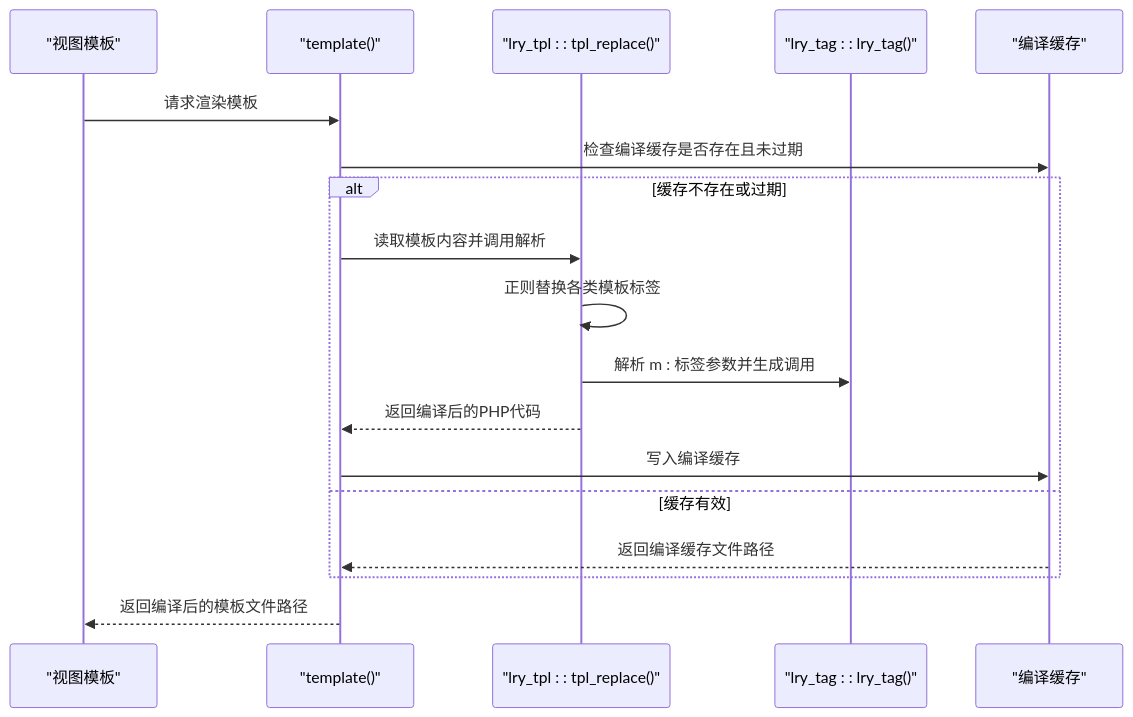
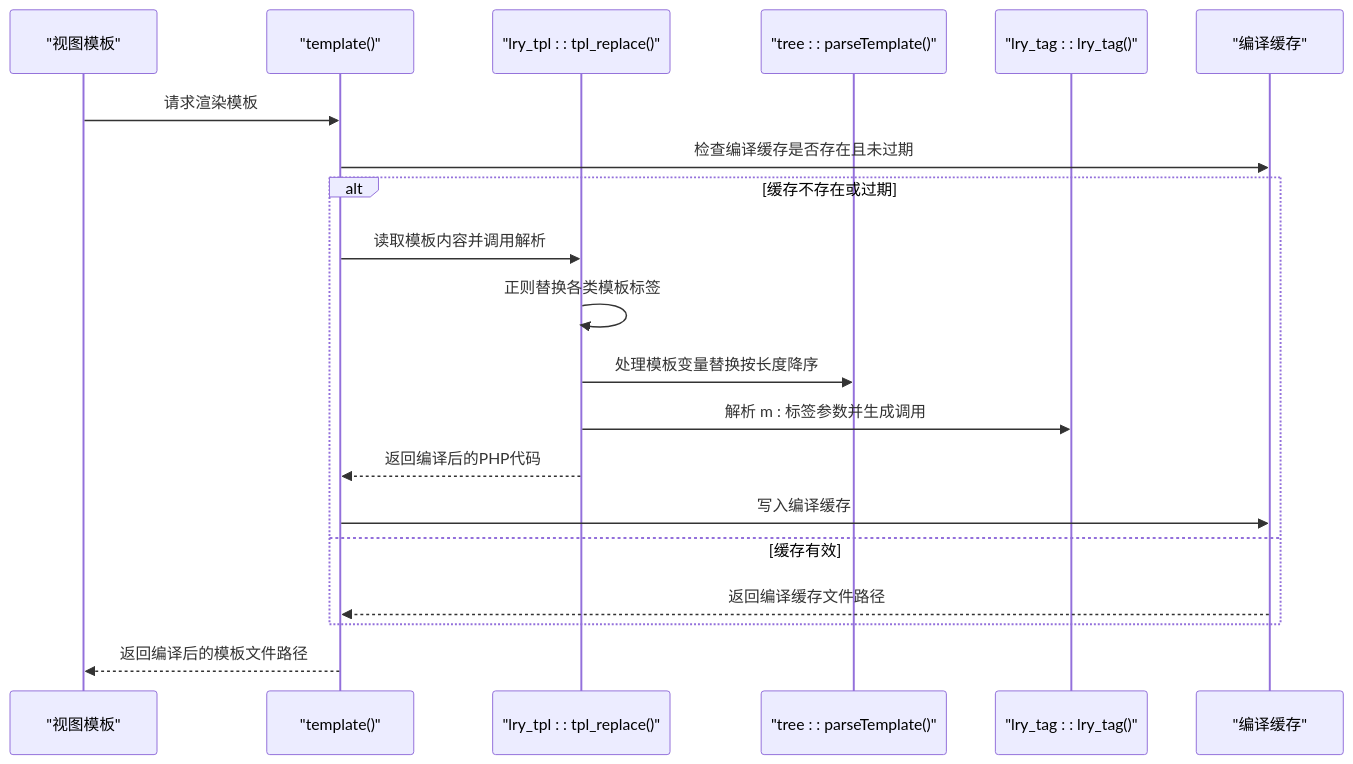
One commit to lirongyaoper/lryblog.com changed the second of 7 diagrams in .qoder/repowiki/zh/content/核心框架组件/模板引擎/模板解析机制.md. Above: the diagram before and after it, drawn with Mermaid. The commit also changed other lines of this file and 2 other files, not shown here.

````diff
--- a/.qoder/repowiki/zh/content/核心框架组件/模板引擎/模板解析机制.md
+++ b/.qoder/repowiki/zh/content/核心框架组件/模板引擎/模板解析机制.md
@@ -81,20 +95,22 @@
 ```mermaid
 sequenceDiagram
 participant View as "视图模板"
 participant Func as "template()"
 participant Parser as "lry_tpl : : tpl_replace()"
+participant Tree as "tree : : parseTemplate()"
 participant Tag as "lry_tag : : lry_tag()"
 participant Cache as "编译缓存"
 View->>Func : 请求渲染模板
 Func->>Cache : 检查编译缓存是否存在且未过期
 alt 缓存不存在或过期
 Func->>Parser : 读取模板内容并调用解析
 Parser->>Parser : 正则替换各类模板标签
+Parser->>Tree : 处理模板变量替换按长度降序
 Parser->>Tag : 解析 m : 标签参数并生成调用
 Parser-->>Func : 返回编译后的PHP代码
 Func->>Cache : 写入编译缓存
 else 缓存有效
 Cache-->>Func : 返回编译缓存文件路径
 end
 Func-->>View : 返回编译后的模板文件路径
 ```
````
